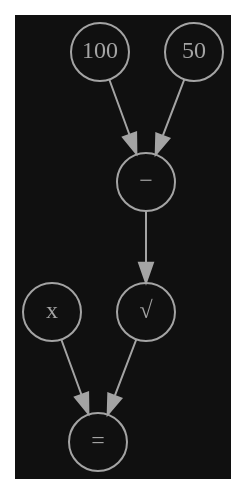
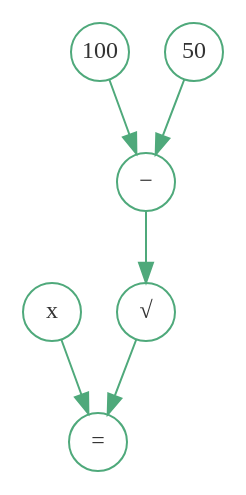
The diagram in src/graphs/calc3.dot (BramvdKroef/vanderkroef.net), drawn with Graphviz before and after one commit. The commit also changed 9 other files, not shown here.

```diff
--- a/src/graphs/calc3.dot
+++ b/src/graphs/calc3.dot
@@ -1,12 +1,12 @@
 // sqrt(100 - 50) = x
 digraph calc {
-        graph [bgcolor="#101010",color="#A4A4A4"]
-        edge [color="#A4A4A4"]
-        node [shape=ellipse,width=.4,height=.4,color="#A4A4A4",fontcolor="#A4A4A4",fontsize=12,fixedsize=true]
+        graph [bgcolor="#FFFFFF",color="#4FA97B"]
+        edge [color="#4FA97B"]
+        node [shape=ellipse,width=.4,height=.4,color="#4FA97B",fontcolor="#333333",fontsize=12,fixedsize=true]
         x -> equals
         100 -> minus -> sqrt -> equals
         50 -> minus
         equals[label="="]
         minus[label="−"]
         sqrt[label="√"]
 }
```
